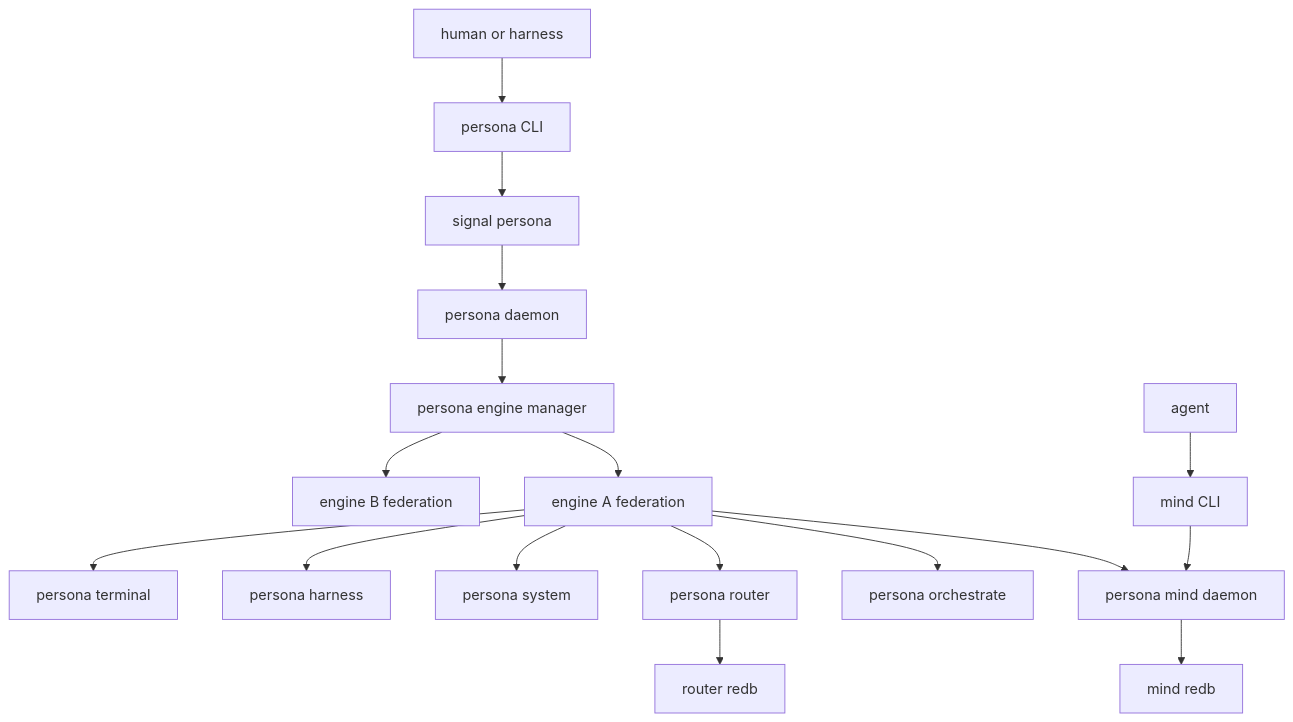
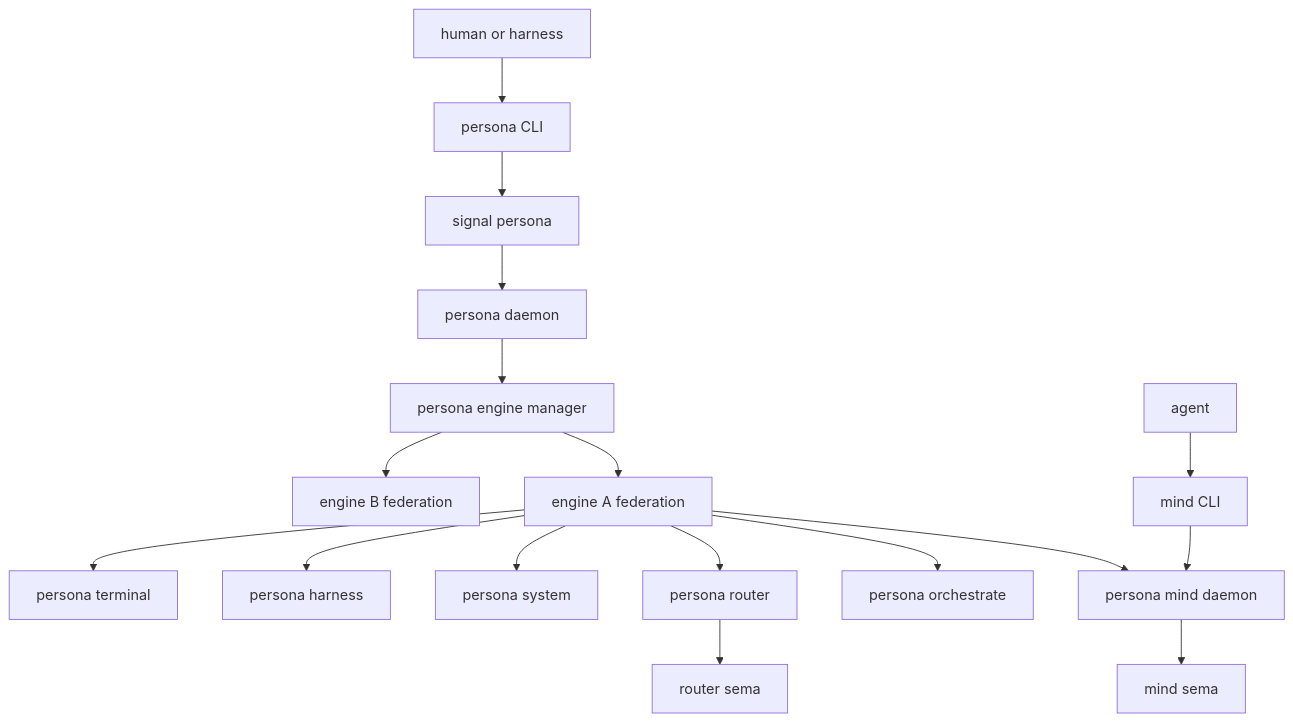
The first of 9 diagrams in ARCHITECTURE.md (LiGoldragon/persona), drawn with Mermaid before and after one commit. The commit also changed other lines of this file and 46 other files, not shown here.

````diff
--- a/ARCHITECTURE.md
+++ b/ARCHITECTURE.md
@@ -59,19 +59,19 @@
 ```mermaid
 graph TB
     operator[human or harness] --> persona_cli[persona CLI]
     persona_cli --> persona_contract[signal persona]
     persona_contract --> persona_daemon[persona daemon]
     persona_daemon --> manager[persona engine manager]
     manager --> engine_a[engine A federation]
     manager --> engine_b[engine B federation]
     engine_a --> mind_daemon[persona mind daemon]
     engine_a --> orchestrate[persona orchestrate]
     engine_a --> router[persona router]
     engine_a --> system[persona system]
     engine_a --> harness[persona harness]
     engine_a --> terminal[persona terminal]
     agent[agent] --> mind_cli[mind CLI]
     mind_cli --> mind_daemon
-    mind_daemon --> mind_db[mind redb]
-    router --> router_db[router redb]
+    mind_daemon --> mind_db[mind sema]
+    router --> router_db[router sema]
 ```
````
